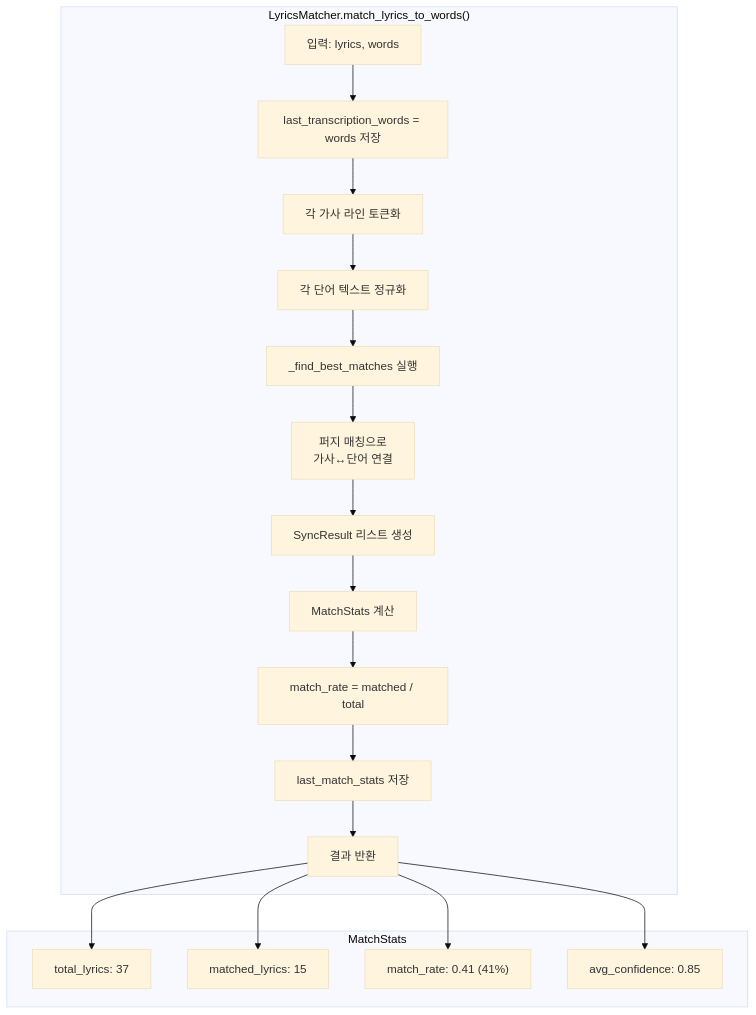
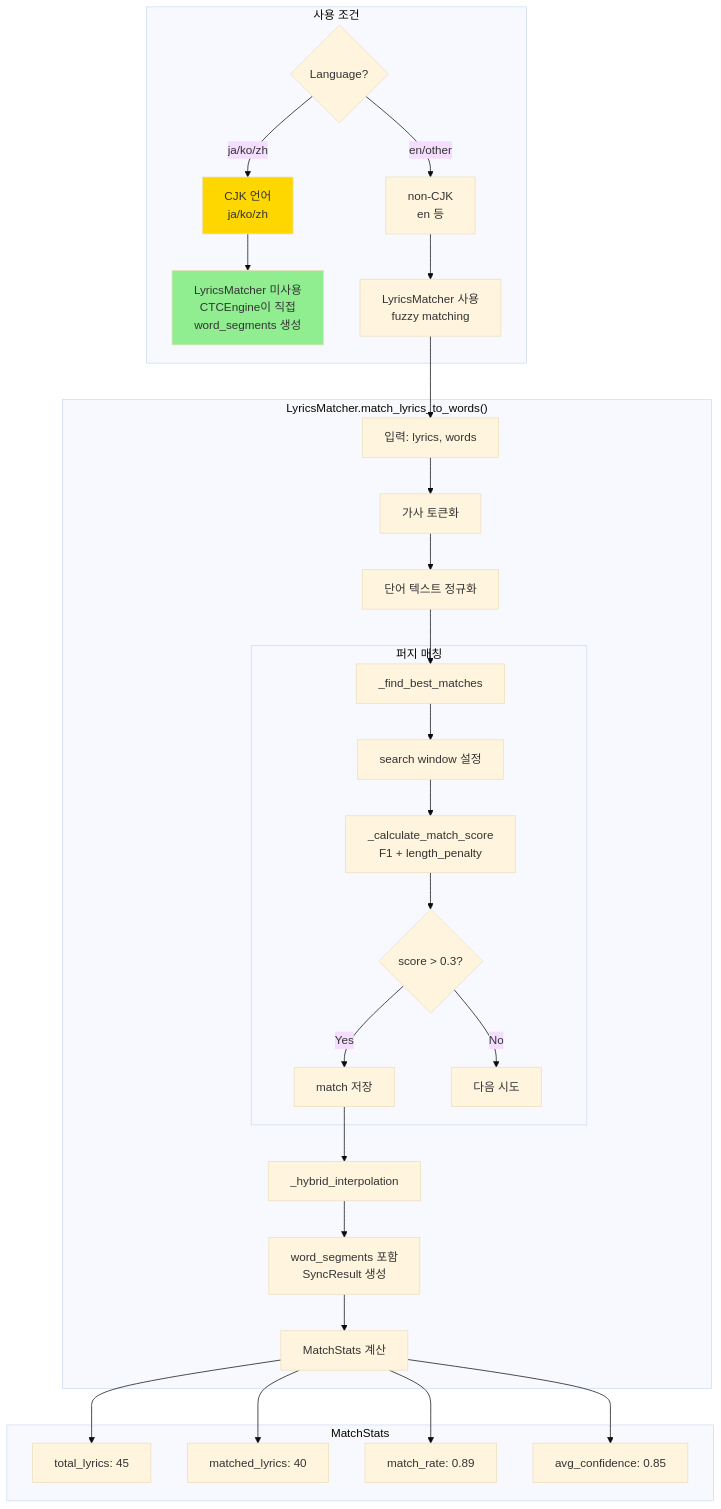
The diagram in diagrams/07_lyrics_matcher.mermaid (onpe5679/Everyric2), drawn with Mermaid before and after one commit. The commit also changed 8 other files, not shown here.

```diff
--- a/diagrams/07_lyrics_matcher.mermaid
+++ b/diagrams/07_lyrics_matcher.mermaid
@@ -1,28 +1,47 @@
 %%{init: {'theme': 'base'}}%%
 flowchart TD
+    subgraph USAGE["사용 조건"]
+        LANG{Language?}
+        CJK[CJK 언어<br/>ja/ko/zh]
+        OTHER[non-CJK<br/>en 등]
+        SKIP[LyricsMatcher 미사용<br/>CTCEngine이 직접<br/>word_segments 생성]
+        USE[LyricsMatcher 사용<br/>fuzzy matching]
+    end
+
     subgraph MATCHER["LyricsMatcher.match_lyrics_to_words()"]
-        A[입력: lyrics, words] --> B[last_transcription_words = words 저장]
-        B --> C[각 가사 라인 토큰화]
-        C --> D[각 단어 텍스트 정규화]
-        D --> E[_find_best_matches 실행]
+        A[입력: lyrics, words] --> B[가사 토큰화]
+        B --> C[단어 텍스트 정규화]
+        C --> D[_find_best_matches]
         
-        E --> F[퍼지 매칭으로<br/>가사↔단어 연결]
-        F --> G[SyncResult 리스트 생성]
+        subgraph FUZZY["퍼지 매칭"]
+            D --> E[search window 설정]
+            E --> F[_calculate_match_score<br/>F1 + length_penalty]
+            F --> G{score > 0.3?}
+            G -->|Yes| H[match 저장]
+            G -->|No| I[다음 시도]
+        end
         
-        G --> H[MatchStats 계산]
-        H --> I["match_rate = matched / total"]
-        I --> J[last_match_stats 저장]
-        J --> K[결과 반환]
+        H --> J[_hybrid_interpolation]
+        J --> K[word_segments 포함<br/>SyncResult 생성]
+        K --> L[MatchStats 계산]
     end
 
     subgraph STATS["MatchStats"]
-        L["total_lyrics: 37"]
-        M["matched_lyrics: 15"]
-        N["match_rate: 0.41 (41%)"]
-        O["avg_confidence: 0.85"]
+        M["total_lyrics: 45"]
+        N["matched_lyrics: 40"]
+        O["match_rate: 0.89"]
+        P["avg_confidence: 0.85"]
     end
 
-    K --> L
-    K --> M
-    K --> N
-    K --> O
+    LANG -->|ja/ko/zh| CJK
+    LANG -->|en/other| OTHER
+    CJK --> SKIP
+    OTHER --> USE
+    USE --> A
+    L --> M
+    L --> N
+    L --> O
+    L --> P
+
+    style SKIP fill:#90EE90
+    style CJK fill:#FFD700
```
